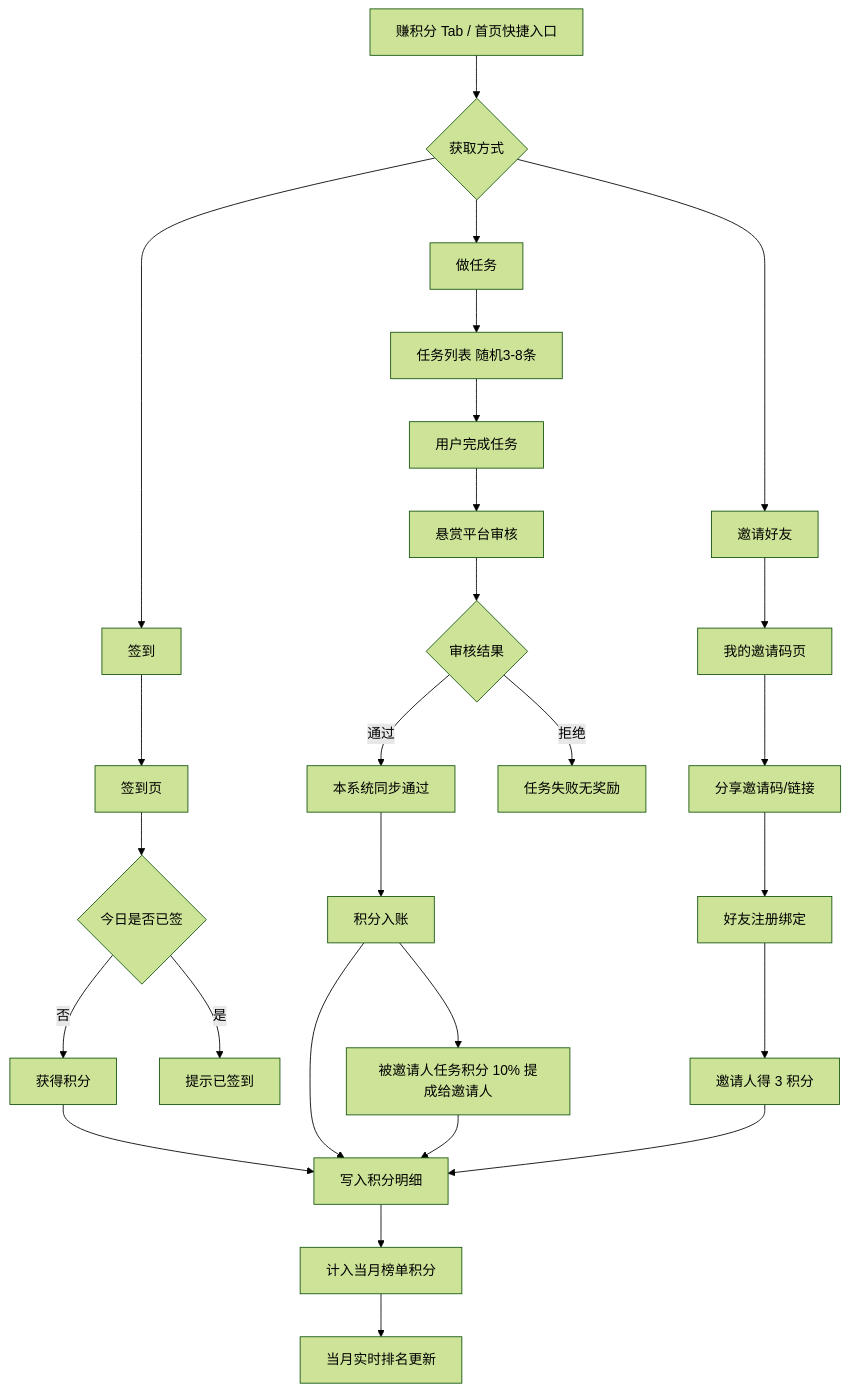
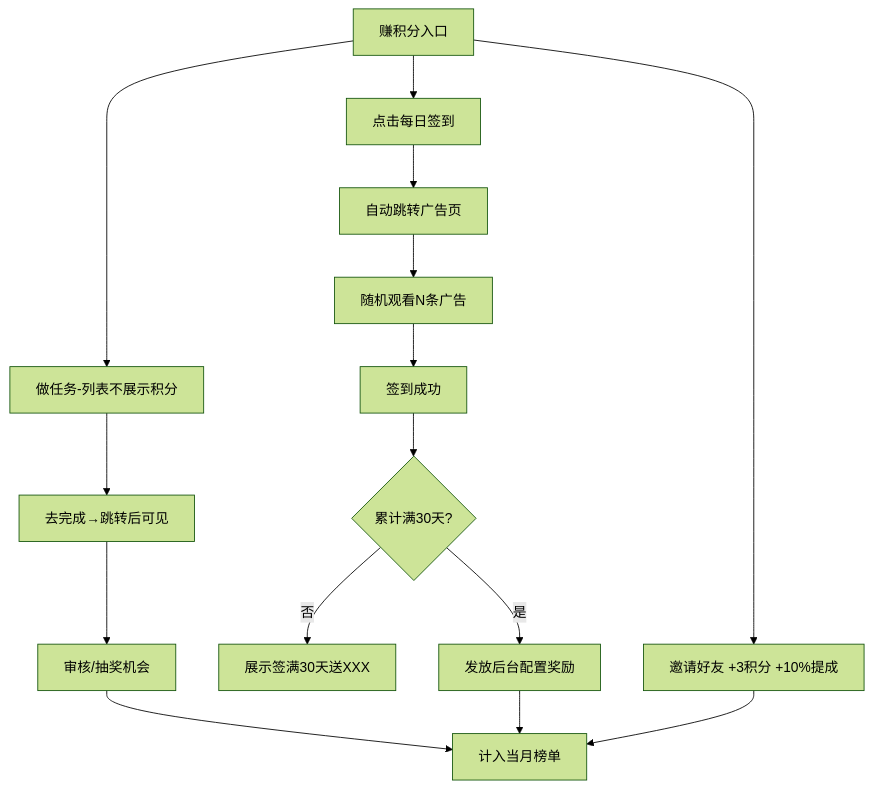
Before and after one commit to langrenyoyo/tgg_shop: the ninth of 16 diagrams in 流程原型.md, drawn with Mermaid (forest theme). The commit also changed other lines of this file and 26 other files, not shown here.

````diff
--- a/流程原型.md
+++ b/流程原型.md
@@ -326,34 +342,20 @@
 ```mermaid
 flowchart TD
-    A[赚积分 Tab / 首页快捷入口] --> B{获取方式}
+    A[赚积分入口] --> B[点击每日签到]
+    B --> C[自动跳转广告页]
+    C --> D[随机观看N条广告]
+    D --> E[签到成功]
+    E --> F{累计满30天?}
+    F -->|是| G[发放后台配置奖励]
+    F -->|否| H[展示签满30天送XXX]
 
-    B --> C[签到]
-    C --> C1[签到页]
-    C1 --> C2{今日是否已签}
-    C2 -->|否| C3[获得积分]
-    C2 -->|是| C4[提示已签到]
-    C3 --> C5[写入积分明细]
+    A --> I[做任务-列表不展示积分]
+    I --> J[去完成→跳转后可见]
+    J --> K[审核/抽奖机会]
 
-    B --> D[做任务]
-    D --> D1[任务列表 随机3-8条]
-    D1 --> D2[用户完成任务]
-    D2 --> D3[悬赏平台审核]
-    D3 --> D4{审核结果}
-    D4 -->|通过| D5[本系统同步通过]
-    D5 --> D6[积分入账]
-    D4 -->|拒绝| D7[任务失败无奖励]
-    D6 --> C5
+    A --> L[邀请好友 +3积分 +10%提成]
 
-    B --> E[邀请好友]
-    E --> E1[我的邀请码页]
-    E1 --> E2[分享邀请码/链接]
-    E2 --> E3[好友注册绑定]
-    E3 --> E4[邀请人得 3 积分]
-    E4 --> C5
-
-    D6 --> F[被邀请人任务积分 10% 提成给邀请人]
-    F --> C5
-
-    C5 --> G[计入当月榜单积分]
-    G --> H[当月实时排名更新]
+    K --> M[计入当月榜单]
+    G --> M
+    L --> M
 ```
````
